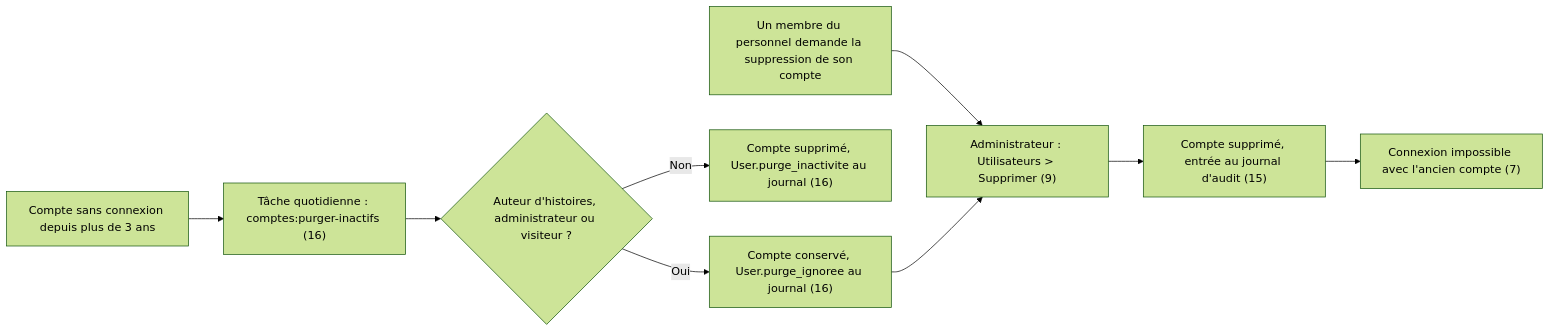
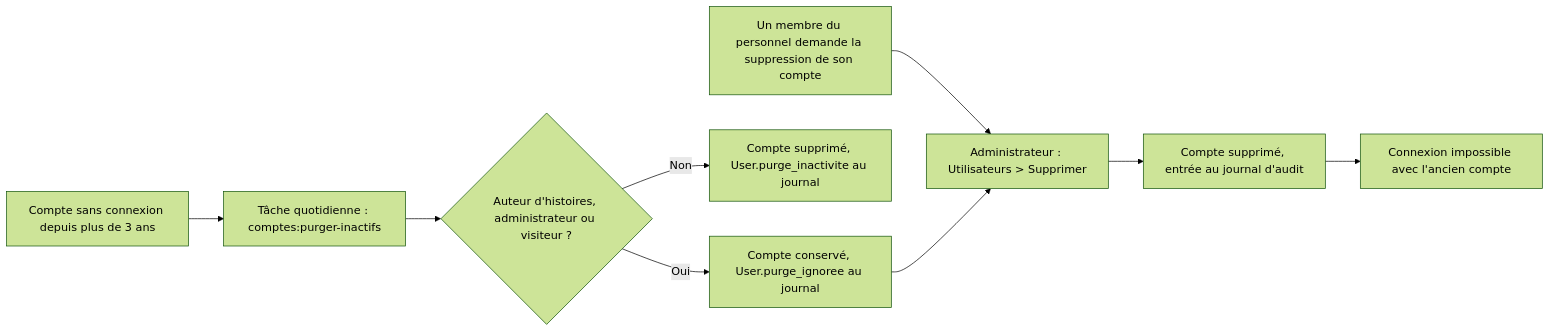
One commit to Korrighed/safe-campus-back changed diagram 11 of 12 in docs/cahier-des-charges-techniques.md. Above: the diagram before and after it, drawn with Mermaid (forest theme). The commit also changed other lines of this file and 42 other files, not shown here.

````diff
--- a/docs/cahier-des-charges-techniques.md
+++ b/docs/cahier-des-charges-techniques.md
@@ -457,11 +529,11 @@
 ```mermaid
 flowchart LR
-  A["Un membre du personnel demande la suppression de son compte"] --> B["Administrateur : Utilisateurs > Supprimer (9)"]
-  B --> C["Compte supprimé, entrée au journal d'audit (15)"]
-  C --> D["Connexion impossible avec l'ancien compte (7)"]
-  E["Compte sans connexion depuis plus de 3 ans"] --> F["Tâche quotidienne : comptes:purger-inactifs (16)"]
+  A["Un membre du personnel demande la suppression de son compte"] --> B["Administrateur : Utilisateurs > Supprimer"]
+  B --> C["Compte supprimé, entrée au journal d'audit"]
+  C --> D["Connexion impossible avec l'ancien compte"]
+  E["Compte sans connexion depuis plus de 3 ans"] --> F["Tâche quotidienne : comptes:purger-inactifs"]
   F --> G{"Auteur d'histoires, administrateur ou visiteur ?"}
-  G -->|Non| H["Compte supprimé, User.purge_inactivite au journal (16)"]
-  G -->|Oui| I["Compte conservé, User.purge_ignoree au journal (16)"]
+  G -->|Non| H["Compte supprimé, User.purge_inactivite au journal"]
+  G -->|Oui| I["Compte conservé, User.purge_ignoree au journal"]
   I --> B
 ```
````
